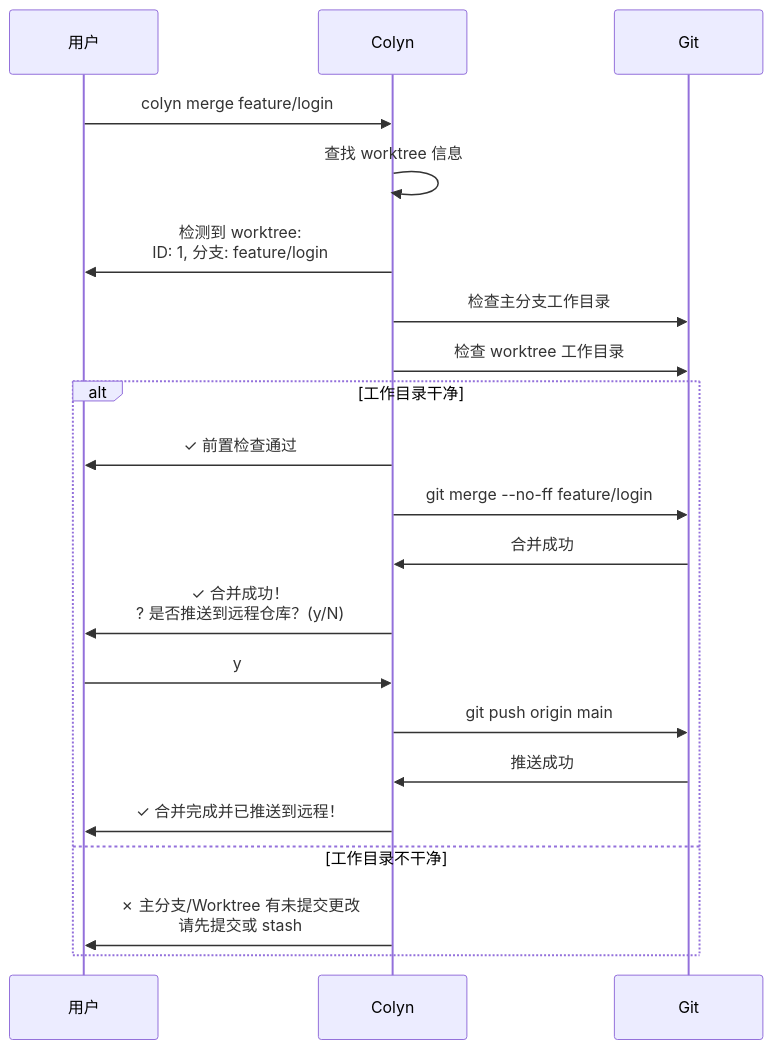
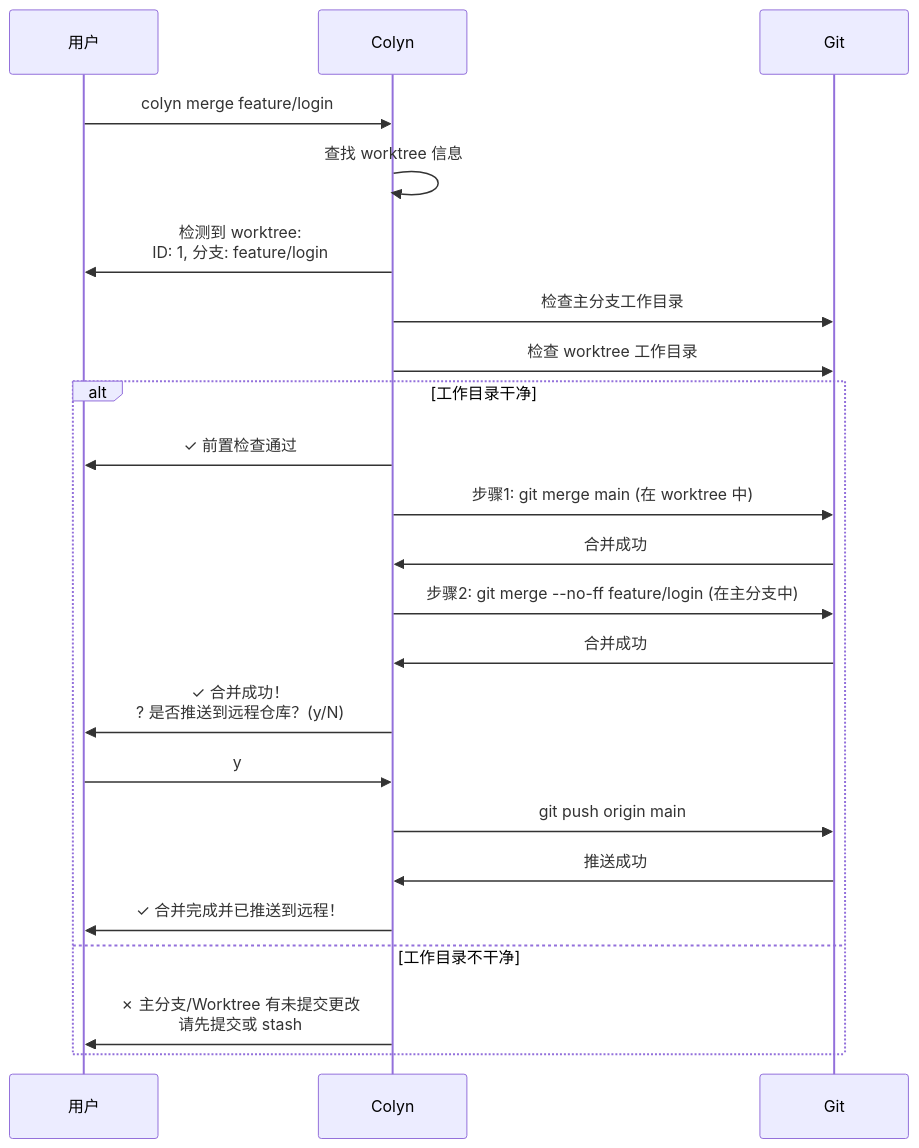
One commit to colin-han/colyn changed the first of 6 diagrams in docs/design-merge-command.md. Above: the diagram before and after it, drawn with Mermaid. The commit also changed other lines of this file and 2 other files, not shown here.

````diff
--- a/docs/design-merge-command.md
+++ b/docs/design-merge-command.md
@@ -44,26 +44,28 @@
 ```mermaid
 sequenceDiagram
     participant U as 用户
     participant C as Colyn
     participant G as Git
 
     U->>C: colyn merge feature/login
     C->>C: 查找 worktree 信息
     C->>U: 检测到 worktree:<br/>ID: 1, 分支: feature/login
 
     C->>G: 检查主分支工作目录
     C->>G: 检查 worktree 工作目录
 
     alt 工作目录干净
         C->>U: ✓ 前置检查通过
-        C->>G: git merge --no-ff feature/login
+        C->>G: 步骤1: git merge main (在 worktree 中)
+        G->>C: 合并成功
+        C->>G: 步骤2: git merge --no-ff feature/login (在主分支中)
         G->>C: 合并成功
         C->>U: ✓ 合并成功！<br/>? 是否推送到远程仓库？(y/N)
         U->>C: y
         C->>G: git push origin main
         G->>C: 推送成功
         C->>U: ✓ 合并完成并已推送到远程！
     else 工作目录不干净
         C->>U: ✗ 主分支/Worktree 有未提交更改<br/>请先提交或 stash
     end
 ```
````
